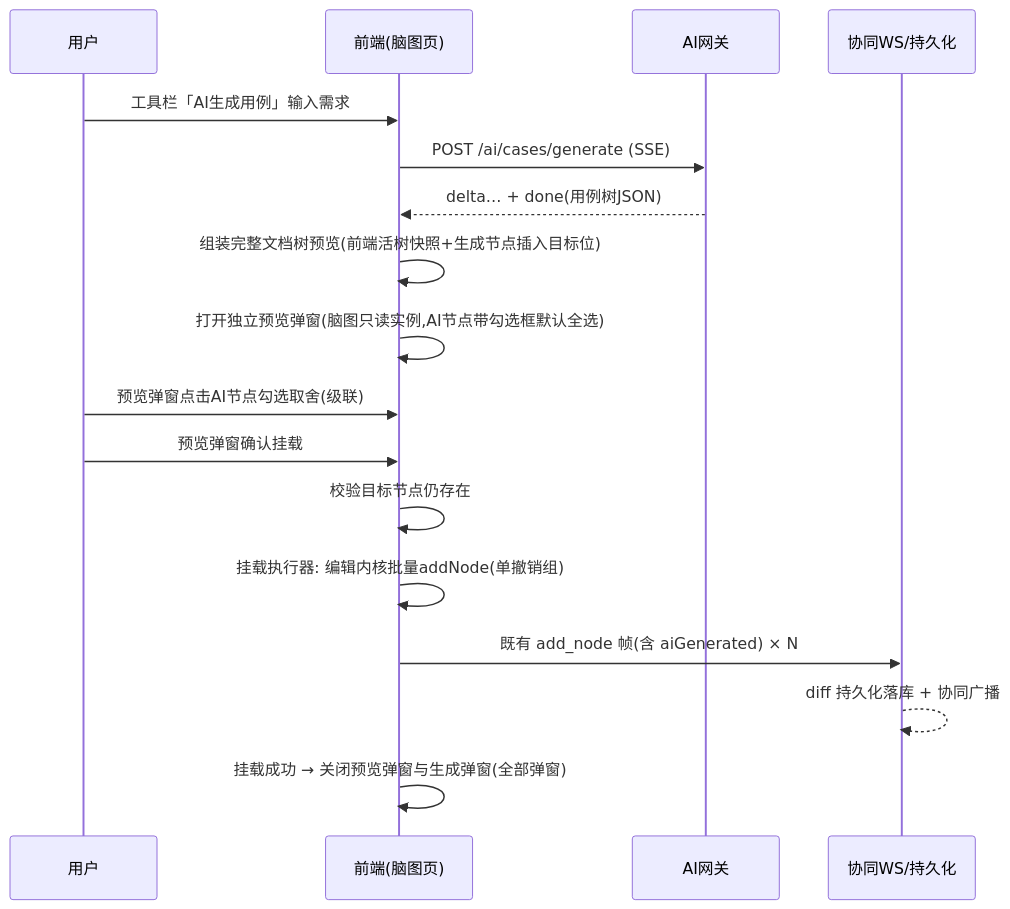
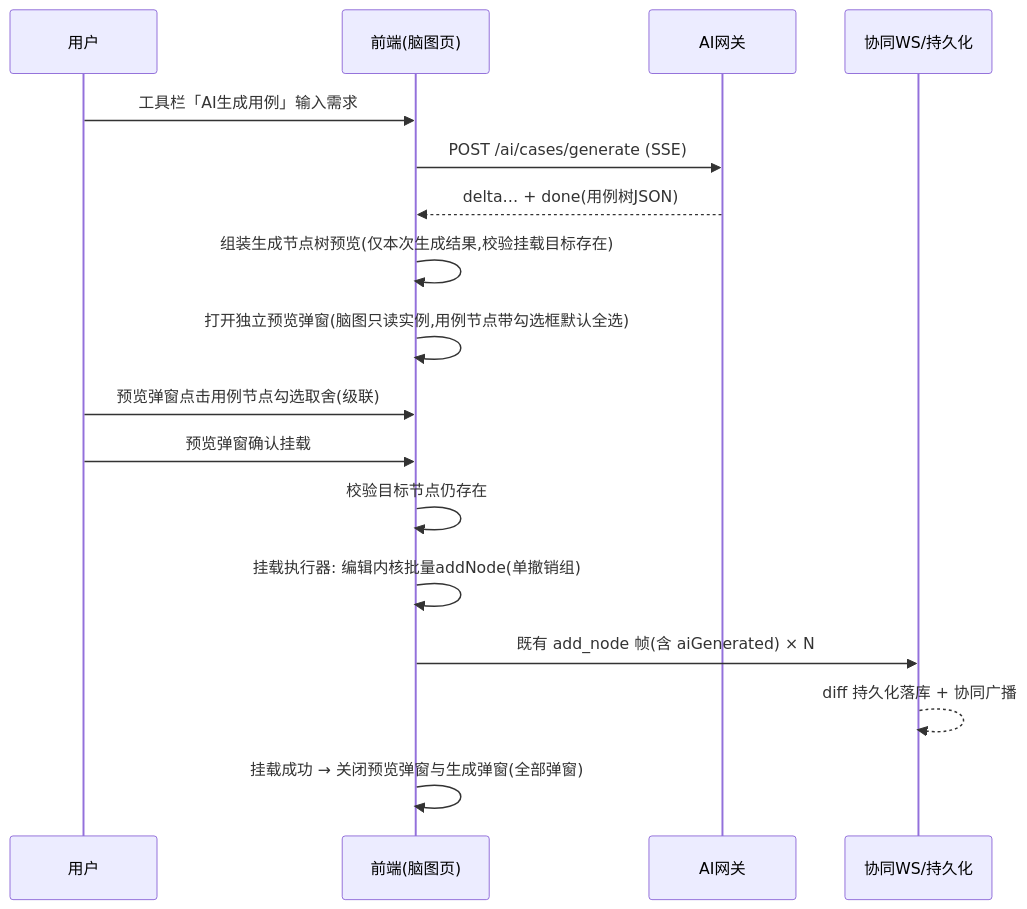
Before and after one commit to XiaoMiSum/robotest: the diagram in docs/详细设计/智能用例生成与脑图智能编辑详细设计说明书.md, drawn with Mermaid. The commit also changed other lines of this file and 6 other files, not shown here.

````diff
--- a/docs/详细设计/智能用例生成与脑图智能编辑详细设计说明书.md
+++ b/docs/详细设计/智能用例生成与脑图智能编辑详细设计说明书.md
@@ -216,19 +216,19 @@
 ```mermaid
 sequenceDiagram
     participant U as 用户
     participant FE as 前端(脑图页)
     participant GW as AI网关
     participant WS as 协同WS/持久化
     U->>FE: 工具栏「AI生成用例」输入需求
     FE->>GW: POST /ai/cases/generate (SSE)
     GW-->>FE: delta… + done(用例树JSON)
-    FE->>FE: 组装完整文档树预览(前端活树快照+生成节点插入目标位)
-    FE->>FE: 打开独立预览弹窗(脑图只读实例,AI节点带勾选框默认全选)
-    U->>FE: 预览弹窗点击AI节点勾选取舍(级联)
+    FE->>FE: 组装生成节点树预览(仅本次生成结果,校验挂载目标存在)
+    FE->>FE: 打开独立预览弹窗(脑图只读实例,用例节点带勾选框默认全选)
+    U->>FE: 预览弹窗点击用例节点勾选取舍(级联)
     U->>FE: 预览弹窗确认挂载
     FE->>FE: 校验目标节点仍存在
     FE->>FE: 挂载执行器: 编辑内核批量addNode(单撤销组)
     FE->>WS: 既有 add_node 帧(含 aiGenerated) × N
     WS-->>WS: diff 持久化落库 + 协同广播
     FE->>FE: 挂载成功 → 关闭预览弹窗与生成弹窗(全部弹窗)
 ```
````
